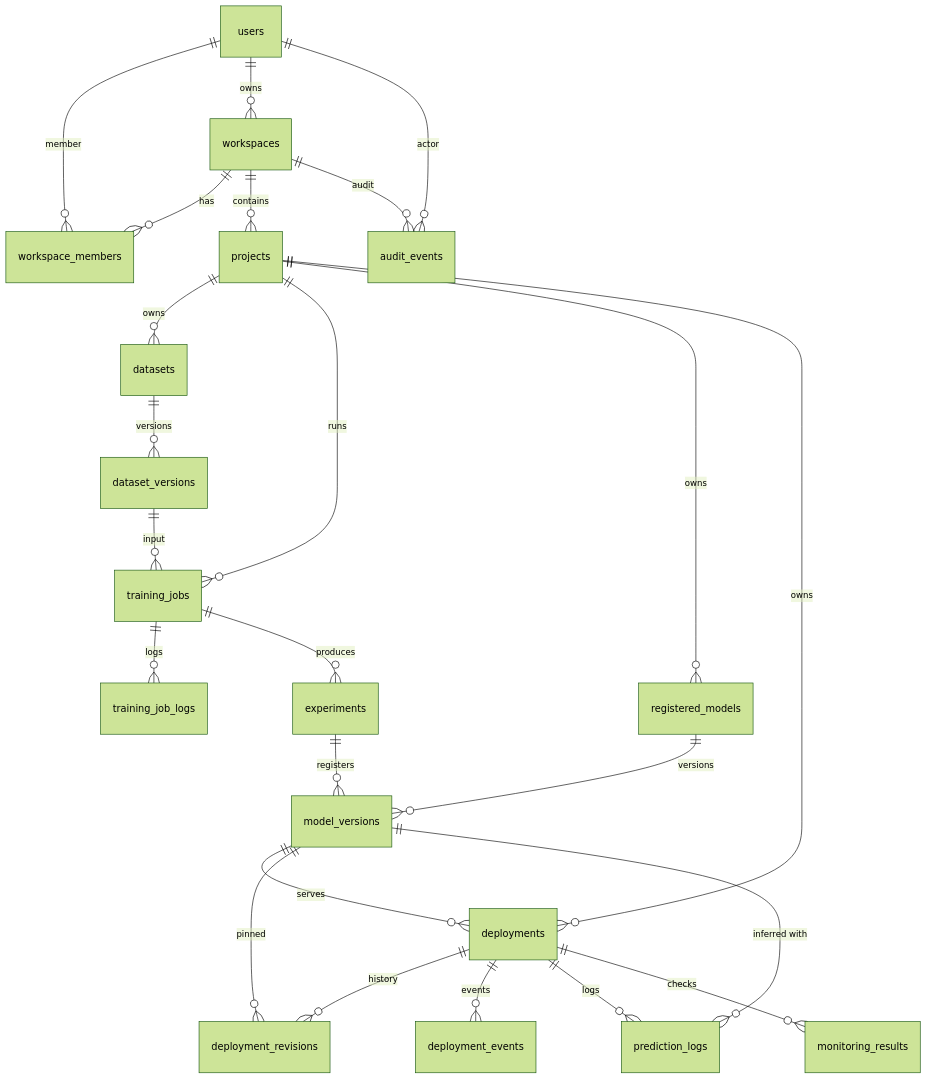
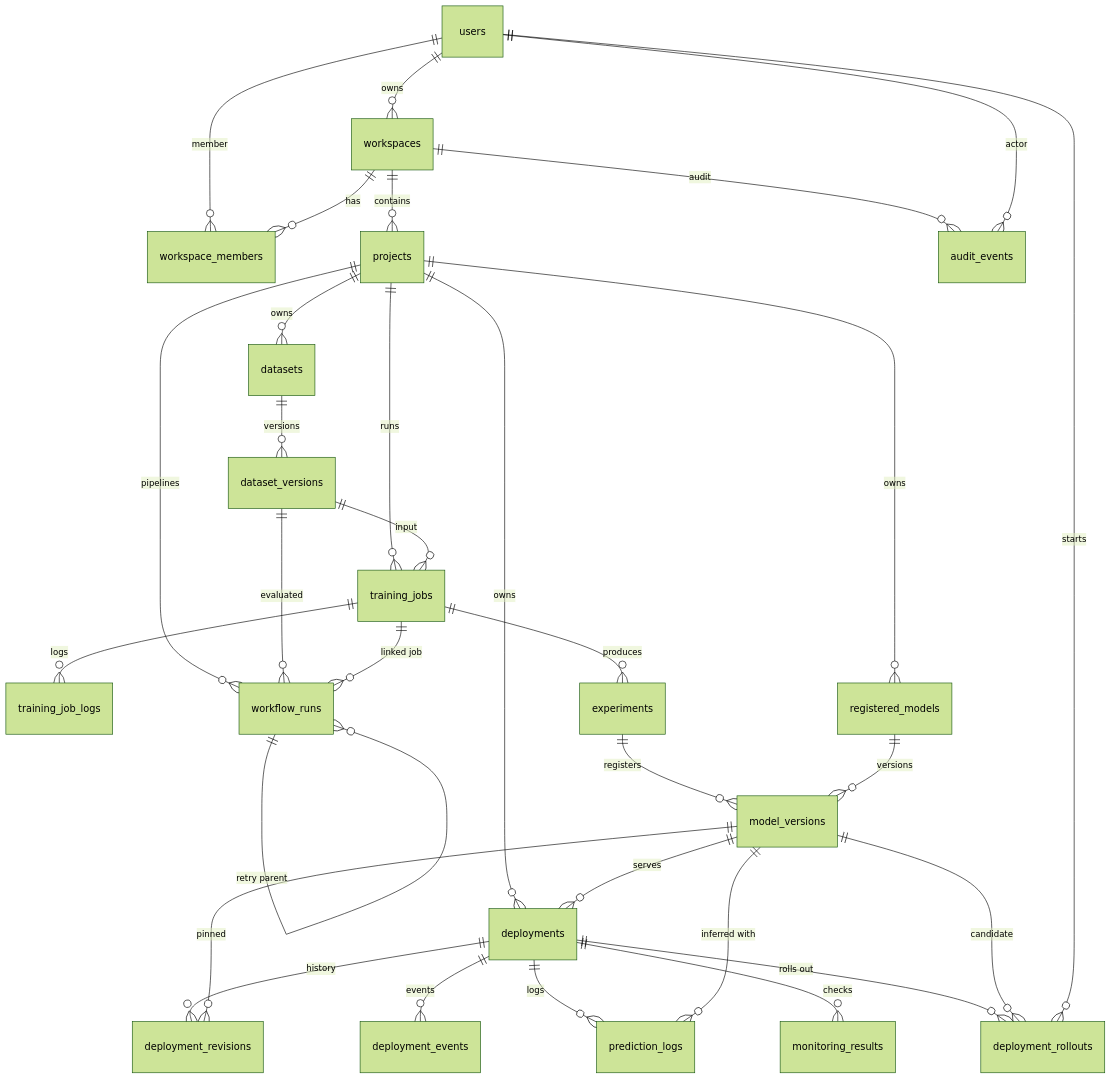
Before and after one commit to yuno7777/atlas-mlops: the diagram in docs/DATABASE_SCHEMA.md, drawn with Mermaid (forest theme). The commit also changed other lines of this file and 118 other files, not shown here.

````diff
--- a/docs/DATABASE_SCHEMA.md
+++ b/docs/DATABASE_SCHEMA.md
@@ -21,26 +21,33 @@
 ```mermaid
 erDiagram
   users ||--o{ workspace_members : "member"
   workspaces ||--o{ workspace_members : "has"
   users ||--o{ workspaces : "owns"
   workspaces ||--o{ projects : "contains"
   projects ||--o{ datasets : "owns"
   datasets ||--o{ dataset_versions : "versions"
   projects ||--o{ training_jobs : "runs"
   dataset_versions ||--o{ training_jobs : "input"
   training_jobs ||--o{ training_job_logs : "logs"
   training_jobs ||--o{ experiments : "produces"
   projects ||--o{ registered_models : "owns"
   experiments ||--o{ model_versions : "registers"
   registered_models ||--o{ model_versions : "versions"
   projects ||--o{ deployments : "owns"
   model_versions ||--o{ deployments : "serves"
   deployments ||--o{ deployment_revisions : "history"
   model_versions ||--o{ deployment_revisions : "pinned"
   deployments ||--o{ deployment_events : "events"
   deployments ||--o{ prediction_logs : "logs"
   model_versions ||--o{ prediction_logs : "inferred with"
   deployments ||--o{ monitoring_results : "checks"
+  deployments ||--o{ deployment_rollouts : "rolls out"
+  model_versions ||--o{ deployment_rollouts : "candidate"
+  users ||--o{ deployment_rollouts : "starts"
+  projects ||--o{ workflow_runs : "pipelines"
+  dataset_versions ||--o{ workflow_runs : "evaluated"
+  training_jobs ||--o{ workflow_runs : "linked job"
+  workflow_runs ||--o{ workflow_runs : "retry parent"
   workspaces ||--o{ audit_events : "audit"
   users ||--o{ audit_events : "actor"
 ```
````
